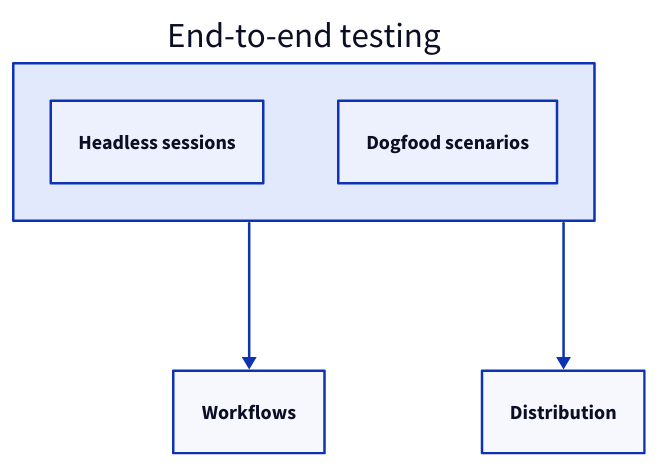
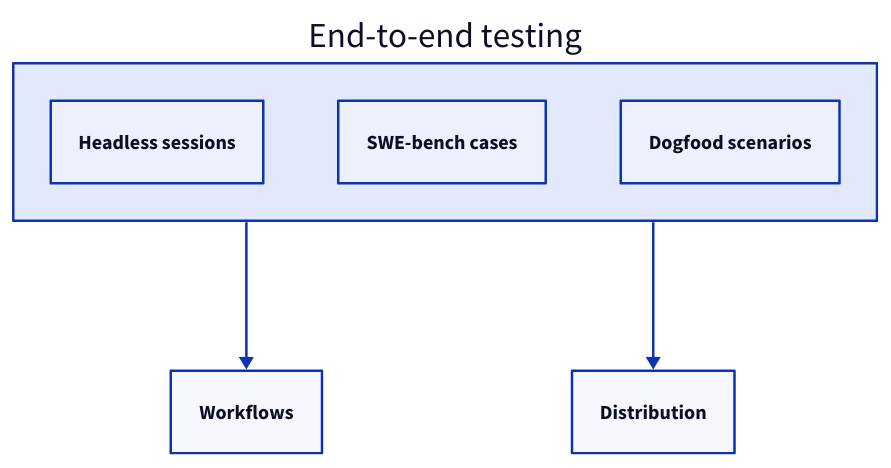
One commit to FTOD/concorde changed the second of 2 diagrams in specs/concorde/e2e/module.md. Above: the diagram before and after it, drawn with D2. The commit also changed other lines of this file and 15 other files, not shown here.

First line of the commit message:
Move SWE-bench cases into their own child of End-to-end testing

````diff
--- a/specs/concorde/e2e/module.md
+++ b/specs/concorde/e2e/module.md
@@ -159,10 +133,11 @@
 ```d2
 e2e: End-to-end testing {
   sessions: Headless sessions
+  cases: SWE-bench cases
   dogfood: Dogfood scenarios
 }
 workflows: Workflows
 distribution: Distribution
 e2e -> workflows
 e2e -> distribution
 ```
````
